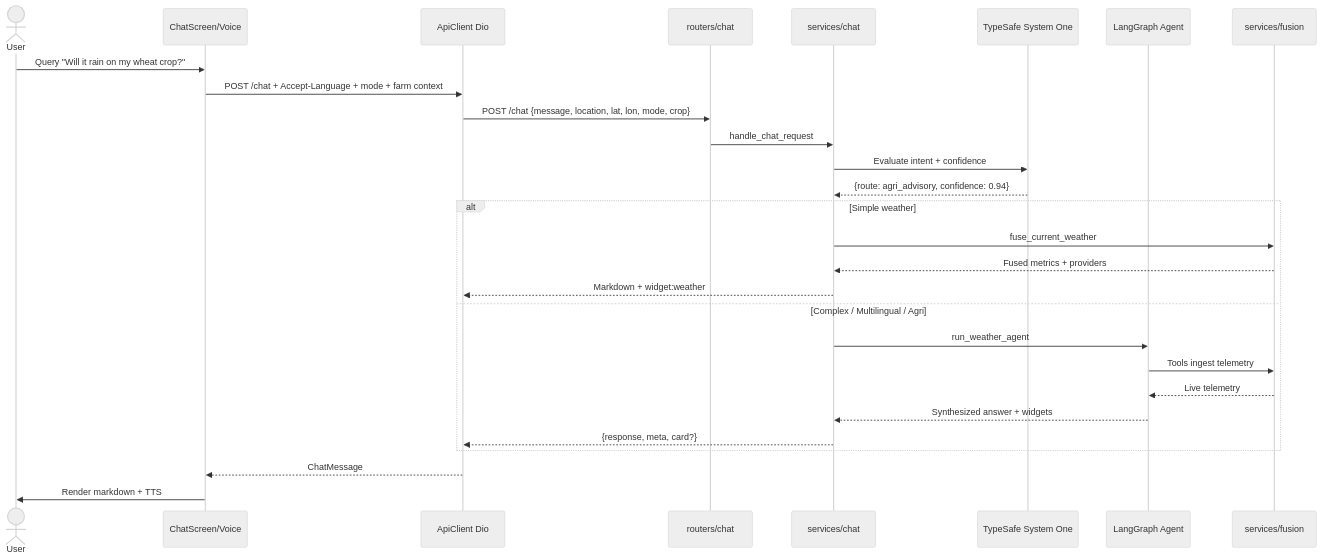
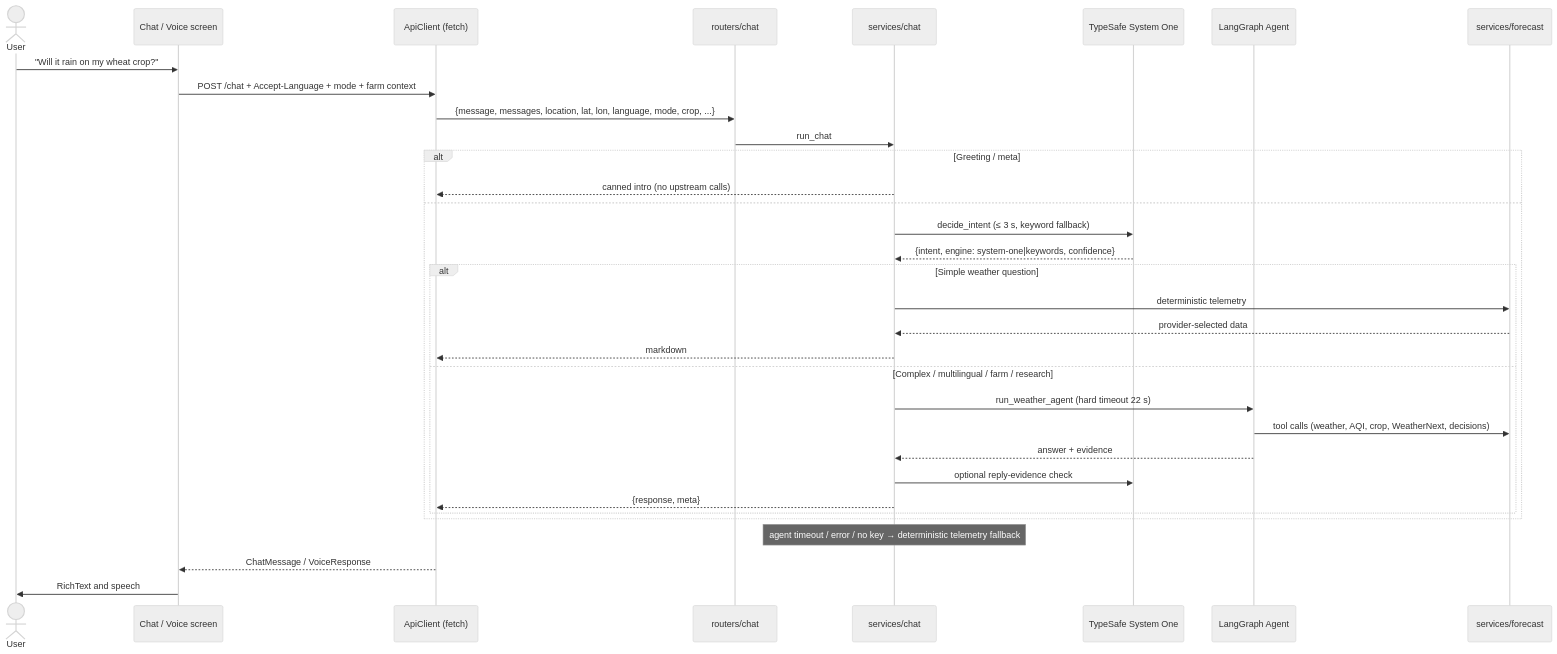
One commit to omsenjalia/weathergpt-app changed the second of 9 diagrams in ARCHITECTURE.md. Above: the diagram before and after it, drawn with Mermaid (neutral theme). The commit also changed other lines of this file, not shown here.

First line of the commit message:
docs: sync ARCHITECTURE.md with current app and backend (#38)

````diff
--- a/ARCHITECTURE.md
+++ b/ARCHITECTURE.md
@@ -287,34 +367,38 @@
 ```mermaid
 sequenceDiagram
     actor User
-    participant UI as ChatScreen/Voice
-    participant Client as ApiClient Dio
+    participant UI as Chat / Voice screen
+    participant Client as ApiClient (fetch)
     participant Router as routers/chat
     participant Service as services/chat
     participant Jev as TypeSafe System One
     participant Agent as LangGraph Agent
-    participant Fusion as services/fusion
+    participant Forecast as services/forecast
 
-    User->>UI: Query "Will it rain on my wheat crop?"
+    User->>UI: "Will it rain on my wheat crop?"
     UI->>Client: POST /chat + Accept-Language + mode + farm context
-    Client->>Router: POST /chat {message, location, lat, lon, mode, crop}
-    Router->>Service: handle_chat_request
+    Client->>Router: {message, messages, location, lat, lon, language, mode, crop, ...}
+    Router->>Service: run_chat
 
-    Service->>Jev: Evaluate intent + confidence
-    Jev-->>Service: {route: agri_advisory, confidence: 0.94}
+    alt Greeting / meta
+        Service-->>Client: canned intro (no upstream calls)
+    else
+        Service->>Jev: decide_intent (≤ 3 s, keyword fallback)
+        Jev-->>Service: {intent, engine: system-one|keywords, confidence}
+        alt Simple weather question
+            Service->>Forecast: deterministic telemetry
+            Forecast-->>Service: provider-selected data
+            Service-->>Client: markdown
+        else Complex / multilingual / farm / research
+            Service->>Agent: run_weather_agent (hard timeout 22 s)
+            Agent->>Forecast: tool calls (weather, AQI, crop, WeatherNext, decisions)
+            Agent-->>Service: answer + evidence
+            Service->>Jev: optional reply-evidence check
+            Service-->>Client: {response, meta}
+        end
+    end
+    Note over Service: agent timeout / error / no key → deterministic telemetry fallback
 
-    alt Simple weather
-        Service->>Fusion: fuse_current_weather
-        Fusion-->>Service: Fused metrics + providers
-        Service-->>Client: Markdown + widget:weather
-    else Complex / Multilingual / Agri
-        Service->>Agent: run_weather_agent
-        Agent->>Fusion: Tools ingest telemetry
-        Fusion-->>Agent: Live telemetry
-        Agent-->>Service: Synthesized answer + widgets
-        Service-->>Client: {response, meta, card?}
-    end
-
-    Client-->>UI: ChatMessage
-    UI->>User: Render markdown + TTS
+    Client-->>UI: ChatMessage / VoiceResponse
+    UI->>User: RichText and speech
 ```
````
